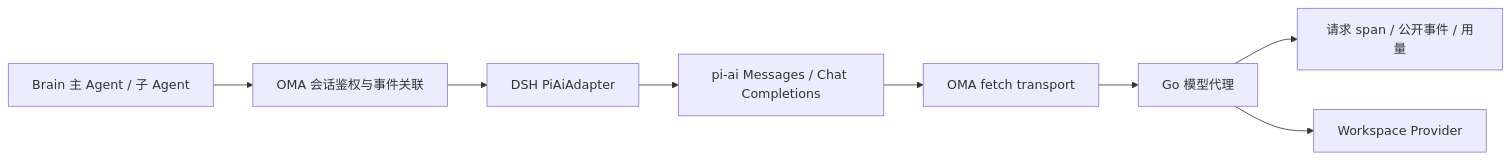
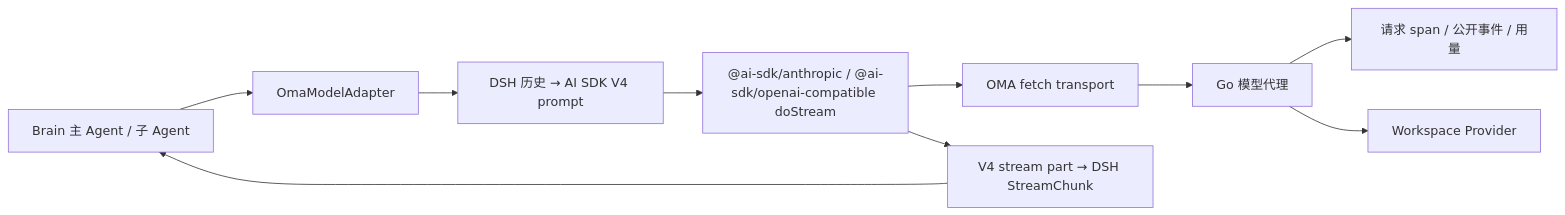
Before and after one commit to superduck-ai/open-managed-agents: the second of 2 diagrams in docs/design/be/brain-runtime.md, drawn with Mermaid. The commit also changed other lines of this file and 13 other files, not shown here.

First line of the commit message:
refactor(brain): stream models through AI SDK providers

````diff
--- a/docs/design/be/brain-runtime.md
+++ b/docs/design/be/brain-runtime.md
@@ -114,10 +114,12 @@
 ```mermaid
 flowchart LR
-    Runtime[Brain 主 Agent / 子 Agent] --> OMA[OMA 会话鉴权与事件关联]
-    OMA --> Adapter[DSH PiAiAdapter]
-    Adapter --> SDK[pi-ai Messages / Chat Completions]
+    Runtime[Brain 主 Agent / 子 Agent] --> OMA[OmaModelAdapter]
+    OMA --> Prompt[DSH 历史 → AI SDK V4 prompt]
+    Prompt --> SDK["@ai-sdk/anthropic / @ai-sdk/openai-compatible doStream"]
     SDK --> Transport[OMA fetch transport]
     Transport --> Proxy[Go 模型代理]
     Proxy --> Lifecycle[请求 span / 公开事件 / 用量]
     Proxy --> Provider[Workspace Provider]
+    SDK --> Stream[V4 stream part → DSH StreamChunk]
+    Stream --> Runtime
 ```
````
